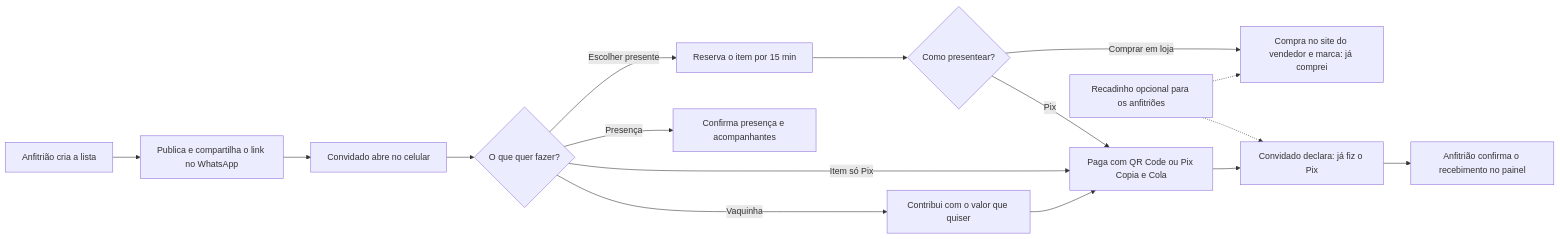
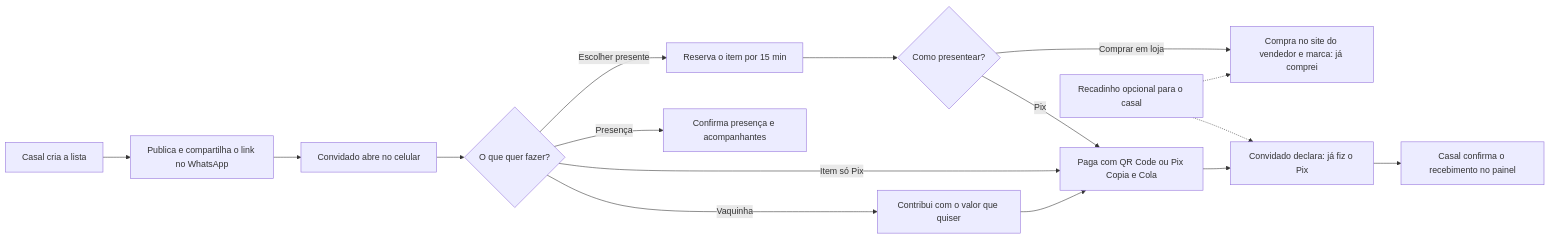
The first of 3 diagrams in README.md (LucasFigs/Momoslist), drawn with Mermaid before and after one commit. The commit also changed other lines of this file and 28 other files, not shown here.

Commit message:
alterando o termo global anfitriões por casal

````diff
--- a/README.md
+++ b/README.md
@@ -61,18 +61,18 @@
 ```mermaid
 flowchart LR
-  A[Anfitrião cria a lista] --> B[Publica e compartilha o link no WhatsApp]
+  A[Casal cria a lista] --> B[Publica e compartilha o link no WhatsApp]
   B --> C[Convidado abre no celular]
   C --> D{O que quer fazer?}
   D -->|Escolher presente| E[Reserva o item por 15 min]
   E --> F{Como presentear?}
   F -->|Comprar em loja| G[Compra no site do vendedor e marca: já comprei]
   F -->|Pix| H[Paga com QR Code ou Pix Copia e Cola]
   D -->|Item só Pix| H
   D -->|Vaquinha| I[Contribui com o valor que quiser]
   I --> H
   D -->|Presença| J[Confirma presença e acompanhantes]
-  N[Recadinho opcional para os anfitriões] -.-> G
+  N[Recadinho opcional para o casal] -.-> G
   N -.-> K
   H --> K[Convidado declara: já fiz o Pix]
-  K --> L[Anfitrião confirma o recebimento no painel]
+  K --> L[Casal confirma o recebimento no painel]
 ```
````
